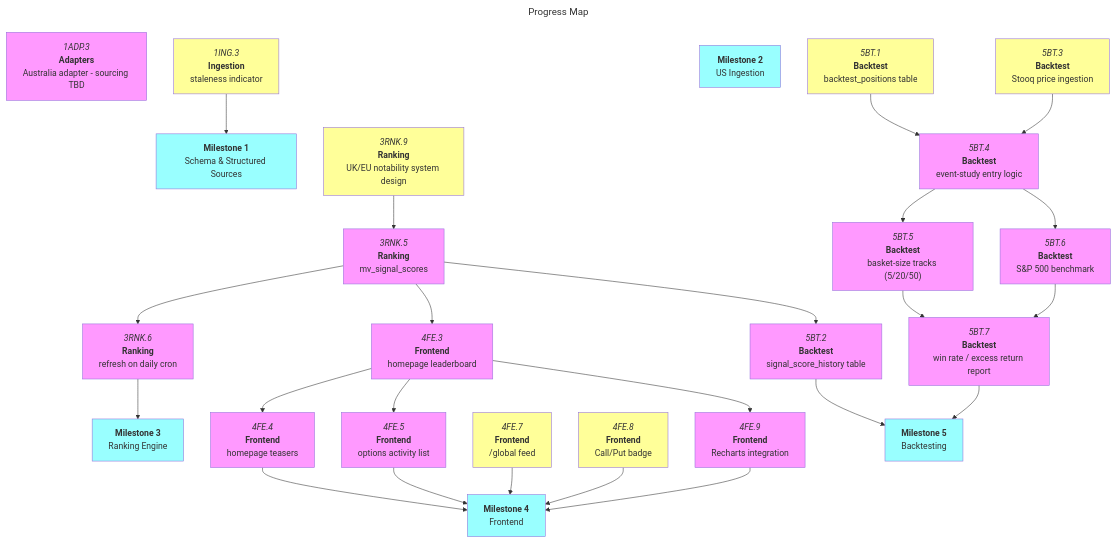
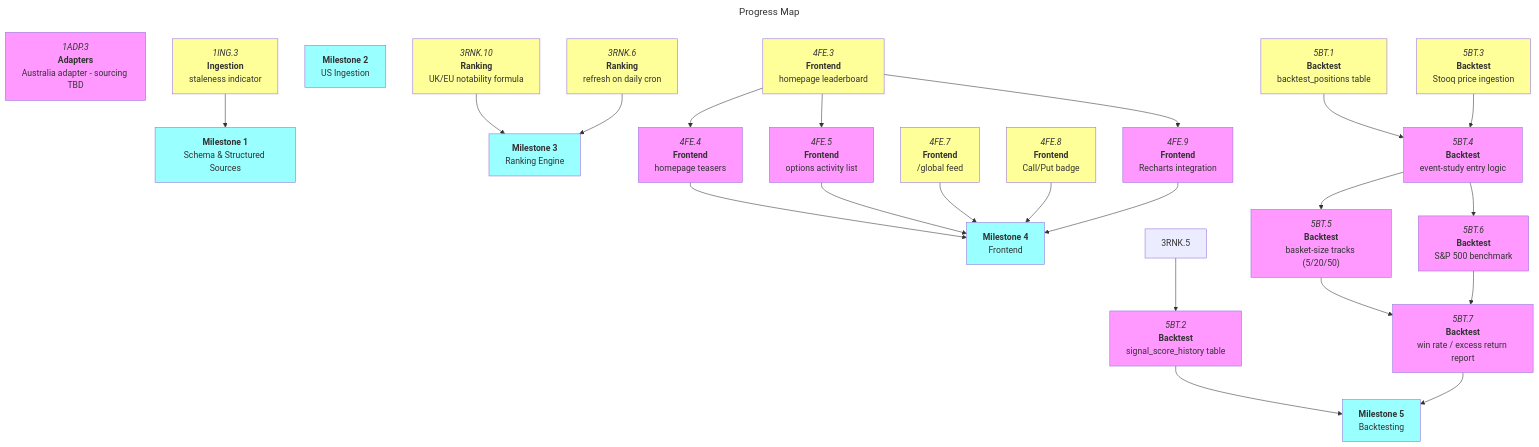
One commit to Oggie112/CrossBench changed the diagram in docs/roadmaps/mvp.md. Above: the diagram before and after it, drawn with Mermaid. The commit also changed other lines of this file and 1 other file, not shown here.

````diff
--- a/docs/roadmaps/mvp.md
+++ b/docs/roadmaps/mvp.md
@@ -190,78 +186,74 @@
 ```mermaid
 ---
 title: Progress Map
 ---
 graph TD
 
 1ADP.3["`*1ADP.3*<br/>**Adapters**<br/>Australia adapter - sourcing TBD`"]:::blocked
 
 1ING.3["`*1ING.3*<br/>**Ingestion**<br/>staleness indicator`"]:::open
 
 m1["`**Milestone 1**<br/>Schema & Structured Sources`"]:::mile
 1ING.3 --> m1
 
 m2["`**Milestone 2**<br/>US Ingestion`"]:::mile
 
-3RNK.9["`*3RNK.9*<br/>**Ranking**<br/>UK/EU notability system design`"]:::open
+3RNK.10["`*3RNK.10*<br/>**Ranking**<br/>UK/EU notability formula`"]:::open
+3RNK.10 --> m3
 
-3RNK.5["`*3RNK.5*<br/>**Ranking**<br/>mv_signal_scores`"]:::blocked
-3RNK.9 --> 3RNK.5
-
-3RNK.6["`*3RNK.6*<br/>**Ranking**<br/>refresh on daily cron`"]:::blocked
-3RNK.5 --> 3RNK.6
+3RNK.6["`*3RNK.6*<br/>**Ranking**<br/>refresh on daily cron`"]:::open
+3RNK.6 --> m3
 
 m3["`**Milestone 3**<br/>Ranking Engine`"]:::mile
-3RNK.6 --> m3
 
-4FE.3["`*4FE.3*<br/>**Frontend**<br/>homepage leaderboard`"]:::blocked
-3RNK.5 --> 4FE.3
+4FE.3["`*4FE.3*<br/>**Frontend**<br/>homepage leaderboard`"]:::open
 
 4FE.4["`*4FE.4*<br/>**Frontend**<br/>homepage teasers`"]:::blocked
 4FE.3 --> 4FE.4
 
 4FE.5["`*4FE.5*<br/>**Frontend**<br/>options activity list`"]:::blocked
 4FE.3 --> 4FE.5
 
 4FE.7["`*4FE.7*<br/>**Frontend**<br/>/global feed`"]:::open
 
 4FE.8["`*4FE.8*<br/>**Frontend**<br/>Call/Put badge`"]:::open
 
 4FE.9["`*4FE.9*<br/>**Frontend**<br/>Recharts integration`"]:::blocked
 4FE.3 --> 4FE.9
 
 m4["`**Milestone 4**<br/>Frontend`"]:::mile
 4FE.4 --> m4
 4FE.5 --> m4
 4FE.7 --> m4
 4FE.8 --> m4
 4FE.9 --> m4
 
 5BT.3["`*5BT.3*<br/>**Backtest**<br/>Stooq price ingestion`"]:::open
 
 5BT.1["`*5BT.1*<br/>**Backtest**<br/>backtest_positions table`"]:::open
 
 5BT.2["`*5BT.2*<br/>**Backtest**<br/>signal_score_history table`"]:::blocked
 3RNK.5 --> 5BT.2
 
 5BT.4["`*5BT.4*<br/>**Backtest**<br/>event-study entry logic`"]:::blocked
 5BT.1 --> 5BT.4
 5BT.3 --> 5BT.4
 
 5BT.5["`*5BT.5*<br/>**Backtest**<br/>basket-size tracks (5/20/50)`"]:::blocked
 5BT.4 --> 5BT.5
 
 5BT.6["`*5BT.6*<br/>**Backtest**<br/>S&P 500 benchmark`"]:::blocked
 5BT.4 --> 5BT.6
 
 5BT.7["`*5BT.7*<br/>**Backtest**<br/>win rate / excess return report`"]:::blocked
 5BT.5 --> 5BT.7
 5BT.6 --> 5BT.7
 
 m5["`**Milestone 5**<br/>Backtesting`"]:::mile
 5BT.2 --> m5
 5BT.7 --> m5
 
 classDef blocked fill:#f9f;
 classDef open fill:#ff9;
 classDef mile fill:#9ff;
 ```
````
